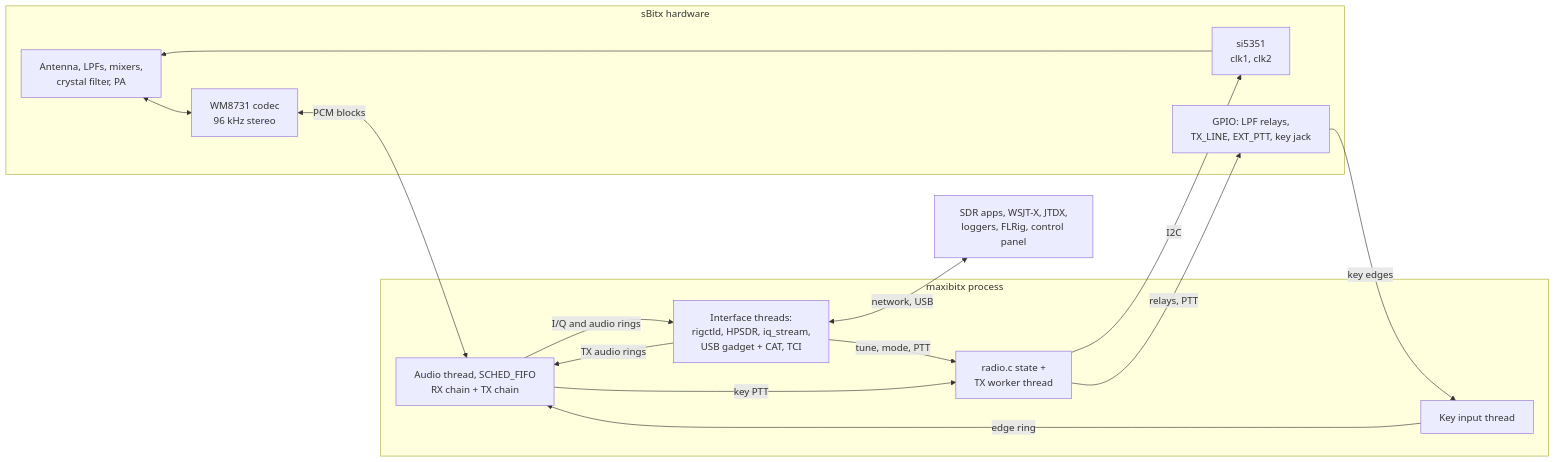
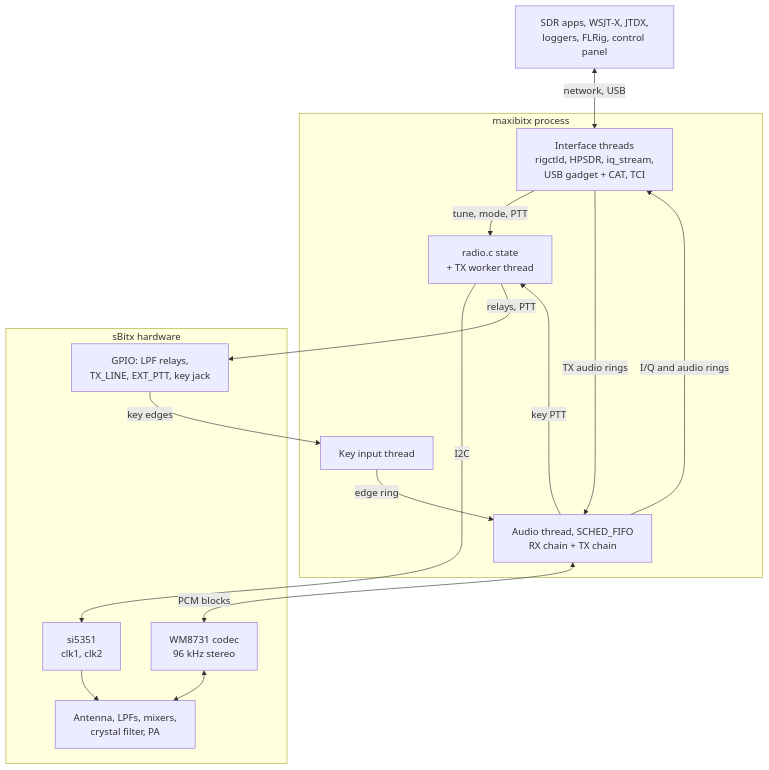
One commit to MikeJohnshoy/maxibitx changed the first of 4 diagrams in docs/00_intro.md. Above: the diagram before and after it, drawn with Mermaid.

Commit message:
Update flowchart in 00_intro.md for clarity

````diff
--- a/docs/00_intro.md
+++ b/docs/00_intro.md
@@ -81,28 +81,28 @@
 ```mermaid
-flowchart LR
+flowchart TD
+    APPS["SDR apps, WSJT-X, JTDX,<br/>loggers, FLRig, control panel"]
+    APPS <-->|"network, USB"| IFS
+    subgraph MX["maxibitx process"]
+        IFS["Interface threads<br/>rigctld, HPSDR, iq_stream,<br/>USB gadget + CAT, TCI"]
+        RADIO["radio.c state<br/>+ TX worker thread"]
+        AUDIO["Audio thread, SCHED_FIFO<br/>RX chain + TX chain"]
+        KEY["Key input thread"]
+    end
+    IFS -->|"tune, mode, PTT"| RADIO
+    AUDIO -->|"I/Q and audio rings"| IFS
+    IFS -->|"TX audio rings"| AUDIO
+    AUDIO -->|"key PTT"| RADIO
+    KEY -->|"edge ring"| AUDIO
     subgraph HW["sBitx hardware"]
-        RF["Antenna, LPFs, mixers,<br/>crystal filter, PA"]
-        CODEC["WM8731 codec<br/>96 kHz stereo"]
         CLK["si5351<br/>clk1, clk2"]
         GPIO["GPIO: LPF relays,<br/>TX_LINE, EXT_PTT, key jack"]
+        CODEC["WM8731 codec<br/>96 kHz stereo"]
+        RF["Antenna, LPFs, mixers,<br/>crystal filter, PA"]
     end
-    subgraph MX["maxibitx process"]
-        AUDIO["Audio thread, SCHED_FIFO<br/>RX chain + TX chain"]
-        KEY["Key input thread"]
-        RADIO["radio.c state +<br/>TX worker thread"]
-        IFS["Interface threads:<br/>rigctld, HPSDR, iq_stream,<br/>USB gadget + CAT, TCI"]
-    end
-    APPS["SDR apps, WSJT-X, JTDX,<br/>loggers, FLRig, control panel"]
-    RF <--> CODEC
-    CODEC <-->|"PCM blocks"| AUDIO
-    GPIO -->|"key edges"| KEY
-    KEY -->|"edge ring"| AUDIO
-    AUDIO -->|"I/Q and audio rings"| IFS
-    IFS -->|"TX audio rings"| AUDIO
-    IFS -->|"tune, mode, PTT"| RADIO
-    AUDIO -->|"key PTT"| RADIO
     RADIO -->|"I2C"| CLK
     RADIO -->|"relays, PTT"| GPIO
+    GPIO -->|"key edges"| KEY
+    AUDIO <-->|"PCM blocks"| CODEC
     CLK --> RF
-    IFS <-->|"network, USB"| APPS
+    CODEC <--> RF
 ```
````
